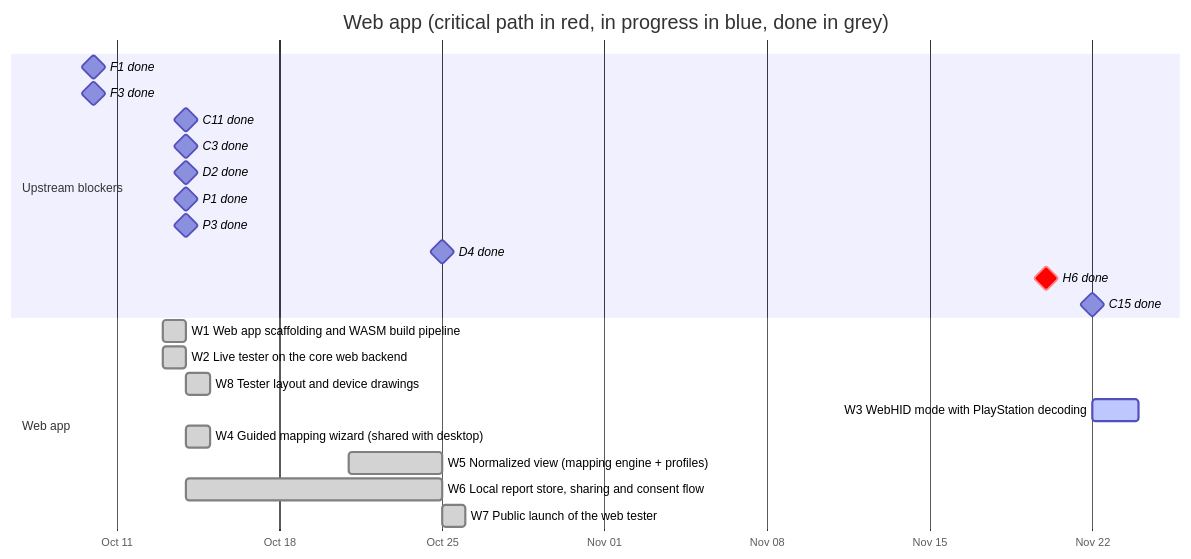
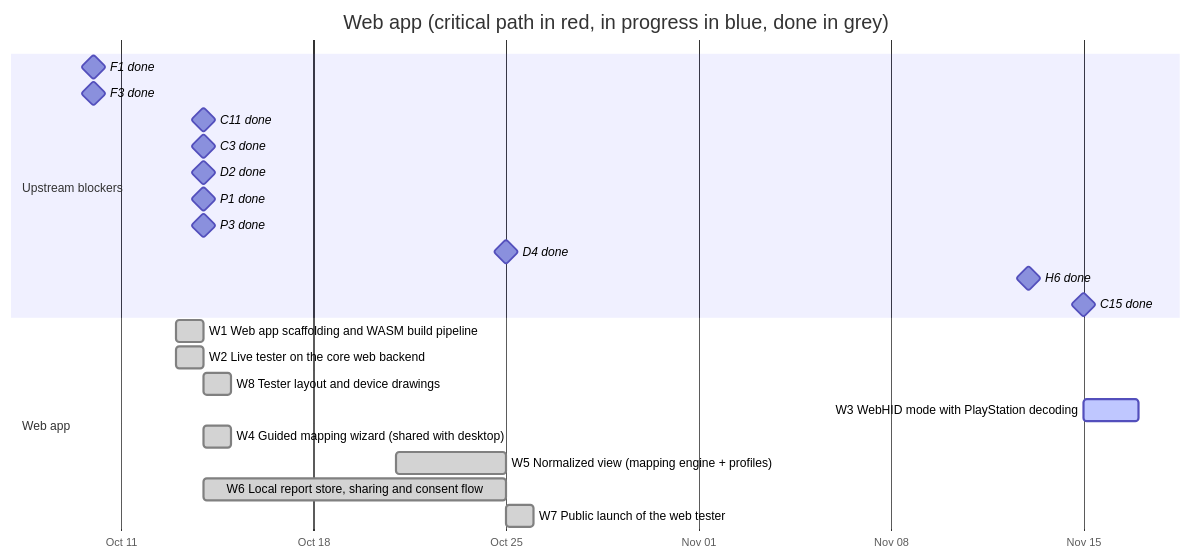
Before and after one commit to anygamepad/anygamepad.github.io: the diagram in ROADMAP/2026-10-31/04-web-app.md, drawn with Mermaid. The commit also changed other lines of this file and 31 other files, not shown here.

````diff
--- a/ROADMAP/2026-10-31/04-web-app.md
+++ b/ROADMAP/2026-10-31/04-web-app.md
@@ -24,26 +24,26 @@
 ```mermaid
 gantt
     dateFormat YYYY-MM-DD
     axisFormat %b %d
     title Web app (critical path in red, in progress in blue, done in grey)
     section Upstream blockers
     F1 done :milestone, f1, 2026-10-10, 0d
     F3 done :milestone, f3, 2026-10-10, 0d
     C11 done :milestone, c11, 2026-10-14, 0d
     C3 done :milestone, c3, 2026-10-14, 0d
     D2 done :milestone, d2, 2026-10-14, 0d
     P1 done :milestone, p1, 2026-10-14, 0d
     P3 done :milestone, p3, 2026-10-14, 0d
     D4 done :milestone, d4, 2026-10-25, 0d
-    H6 done :milestone, crit, h6, 2026-11-20, 0d
-    C15 done :milestone, c15, 2026-11-22, 0d
+    H6 done :milestone, h6, 2026-11-13, 0d
+    C15 done :milestone, c15, 2026-11-15, 0d
     section Web app
     W1 Web app scaffolding and WASM build pipeline :done, w1, 2026-10-13, 1d
     W2 Live tester on the core web backend :done, w2, 2026-10-13, 1d
     W8 Tester layout and device drawings :done, w8, 2026-10-14, 1d
     W3 WebHID mode with PlayStation decoding :active, w3, after w2 c15 w8 h6, 2d
     W4 Guided mapping wizard (shared with desktop) :done, w4, 2026-10-14, 1d
     W5 Normalized view (mapping engine + profiles) :done, w5, 2026-10-21, 4d
     W6 Local report store, sharing and consent flow :done, w6, 2026-10-14, 11d
     W7 Public launch of the web tester :done, w7, 2026-10-25, 1d
 ```
````
